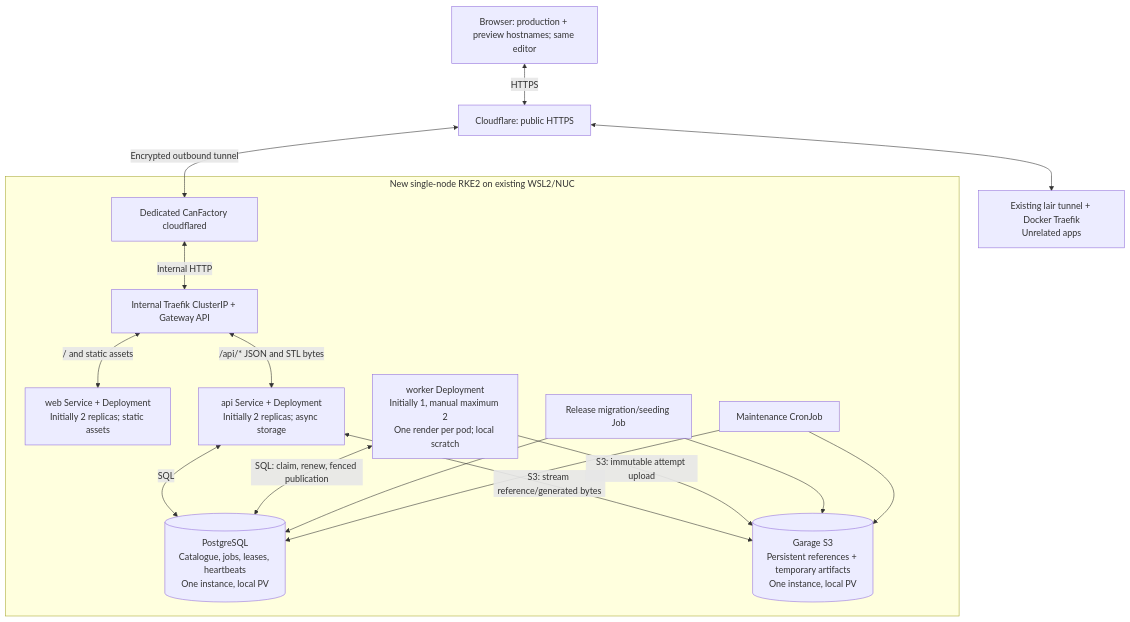
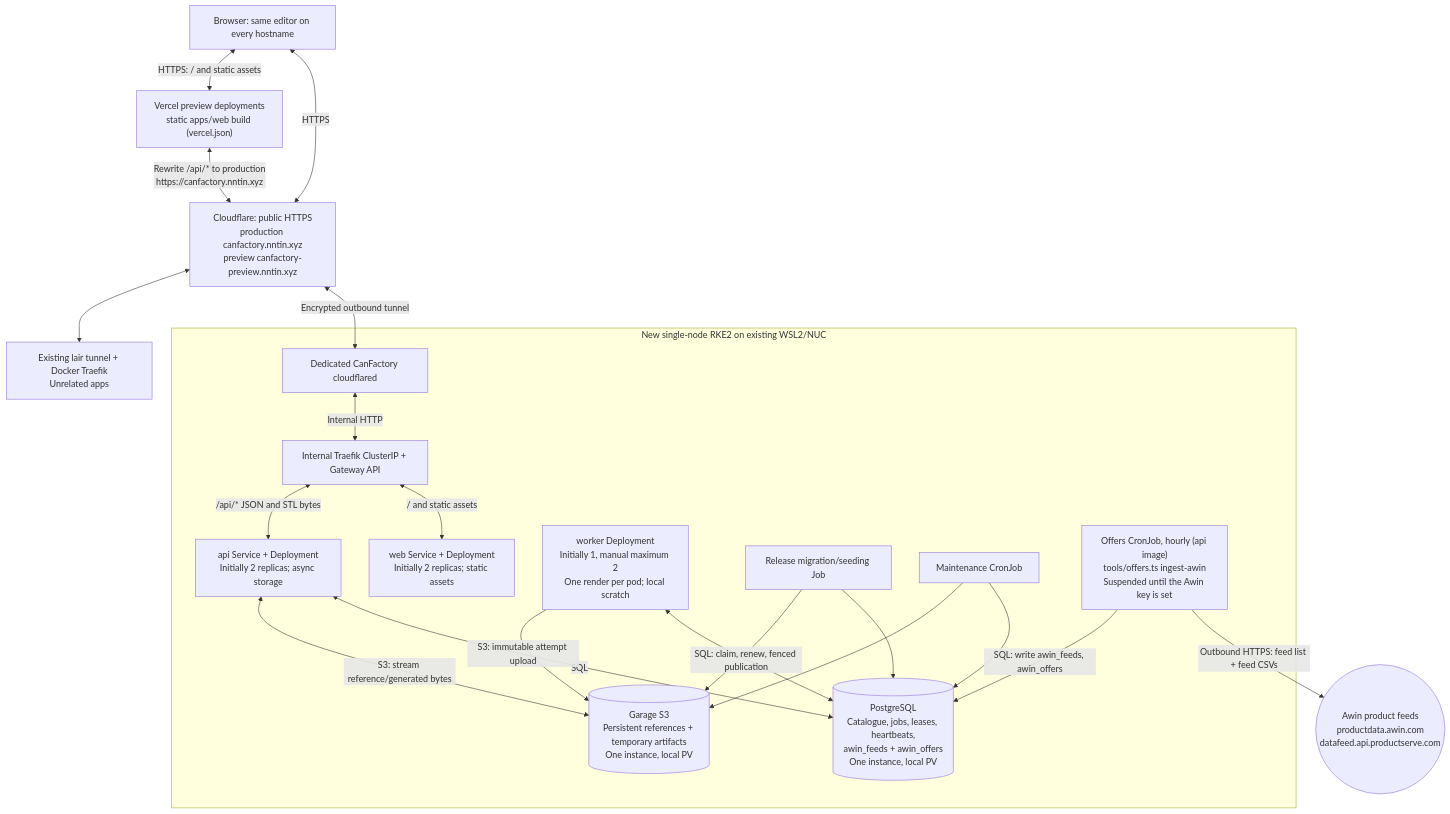
One commit to NNTin/CanFactory changed the third of 4 diagrams in docs/container-architecture.md. Above: the diagram before and after it, drawn with Mermaid. The commit also changed other lines of this file and 4 other files, not shown here.

First line of the commit message:
docs: retire stale architecture.md and complete container-architecture.md

````diff
--- a/docs/container-architecture.md
+++ b/docs/container-architecture.md
@@ -136,34 +136,41 @@
 ```mermaid
 flowchart TB
-    browser["Browser: production + preview hostnames; same editor"]
-    cloud["Cloudflare: public HTTPS"]
+    browser["Browser: same editor on every hostname"]
+    cloud["Cloudflare: public HTTPS<br/>production canfactory.nntin.xyz<br/>preview canfactory-preview.nntin.xyz"]
+    vercel["Vercel preview deployments<br/>static apps/web build (vercel.json)"]
+    awin(("Awin product feeds<br/>productdata.awin.com<br/>datafeed.api.productserve.com"))
     browser <-->|"HTTPS"| cloud
+    browser <-->|"HTTPS: / and static assets"| vercel
+    vercel <-->|"Rewrite /api/* to production<br/>https://canfactory.nntin.xyz"| cloud
 
     subgraph cluster["New single-node RKE2 on existing WSL2/NUC"]
         tunnel["Dedicated CanFactory cloudflared"]
         ingress["Internal Traefik ClusterIP + Gateway API"]
         web["web Service + Deployment<br/>Initially 2 replicas; static assets"]
         api["api Service + Deployment<br/>Initially 2 replicas; async storage"]
         workers["worker Deployment<br/>Initially 1, manual maximum 2<br/>One render per pod; local scratch"]
         release["Release migration/seeding Job"]
         maintenance["Maintenance CronJob"]
-        pg[("PostgreSQL<br/>Catalogue, jobs, leases, heartbeats<br/>One instance, local PV")]
+        offers["Offers CronJob, hourly (api image)<br/>tools/offers.ts ingest-awin<br/>Suspended until the Awin key is set"]
+        pg[("PostgreSQL<br/>Catalogue, jobs, leases, heartbeats,<br/>awin_feeds + awin_offers<br/>One instance, local PV")]
         garage[("Garage S3<br/>Persistent references + temporary artifacts<br/>One instance, local PV")]
     end
 
     cloud <-->|"Encrypted outbound tunnel"| tunnel
     tunnel <-->|"Internal HTTP"| ingress
     ingress <-->|"/ and static assets"| web
     ingress <-->|"/api/* JSON and STL bytes"| api
     api <-->|"SQL"| pg
     workers <-->|"SQL: claim, renew, fenced publication"| pg
     api <-->|"S3: stream reference/generated bytes"| garage
     workers -->|"S3: immutable attempt upload"| garage
     release --> pg
     release --> garage
     maintenance --> pg
     maintenance --> garage
+    offers -->|"Outbound HTTPS: feed list + feed CSVs"| awin
+    offers -->|"SQL: write awin_feeds, awin_offers"| pg
 
     shared["Existing lair tunnel + Docker Traefik<br/>Unrelated apps"]
     cloud <--> shared
 ```
````
